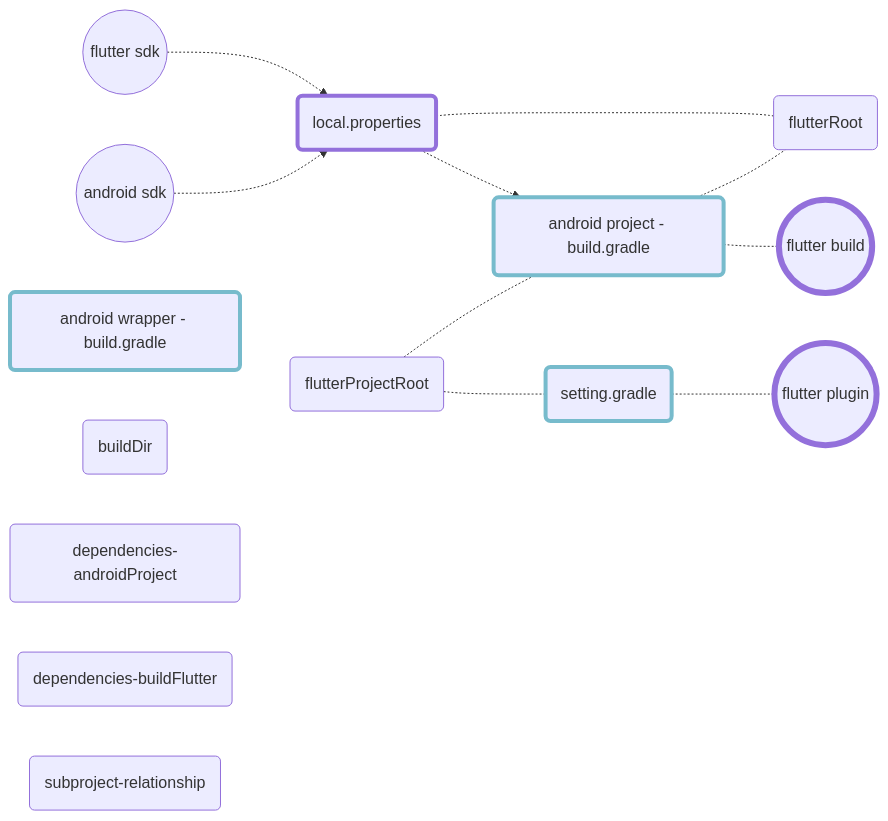
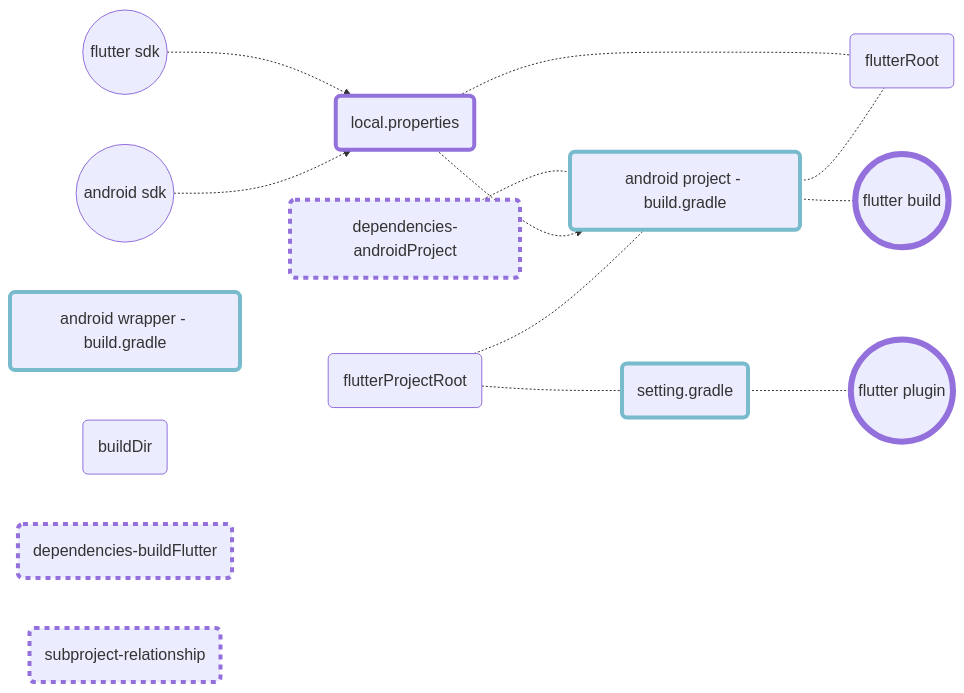
One commit to gordianknotC/nxp_note changed the second of 3 diagrams in flutter/addAndroidProjIntoFlutter.md. Above: the diagram before and after it, drawn with Mermaid. The commit also changed other lines of this file, not shown here.

Commit message:
flutter/addAndroidProjIntoFlutter.md updated from https://stackedit.io/

````diff
--- a/flutter/addAndroidProjIntoFlutter.md
+++ b/flutter/addAndroidProjIntoFlutter.md
@@ -241,39 +241,42 @@
 ```mermaid
 graph LR
 	fdk((flutter sdk))
 	adk((android sdk))
 	
 	fbuild((flutter build))
 	fpgn((flutter plugin))
 	style fbuild stroke-width:6px   
 	style fpgn stroke-width:6px 
 	
 	loc(local.properties)
 	style loc stroke-width:4px   
 	
 	set(setting.gradle)
 	b1(android wrapper - build.gradle)
 	b2(android project - build.gradle)
 	style b1 stroke-width:4px, stroke:#7bc
 	style b2 stroke-width:4px, stroke:#7bc
 	style set stroke-width:4px, stroke:#7bc
 
 	dfr(flutterRoot)
 	dfp(flutterProjectRoot)
 	dfb(buildDir)
 	
 	dandroid(dependencies-androidProject)
 	dflutter(dependencies-buildFlutter)
 	dsub(subproject-relationship)
+	style dandroid stroke-width:4px, stroke-dasharray: 5
+	style dflutter stroke-width:4px, stroke-dasharray: 5
+	style dsub stroke-width:4px, stroke-dasharray: 5
 	
-	
+	dandroid -.- b2
 	fdk -.-> loc
 	adk -.-> loc
 	loc -.-> b2
 	loc -.- dfr
 	b2 -.- dfr
 	dfp -.- b2
 	dfp -.- set
 	set -.- fpgn
 	b2 -.- fbuild
 ```
````
